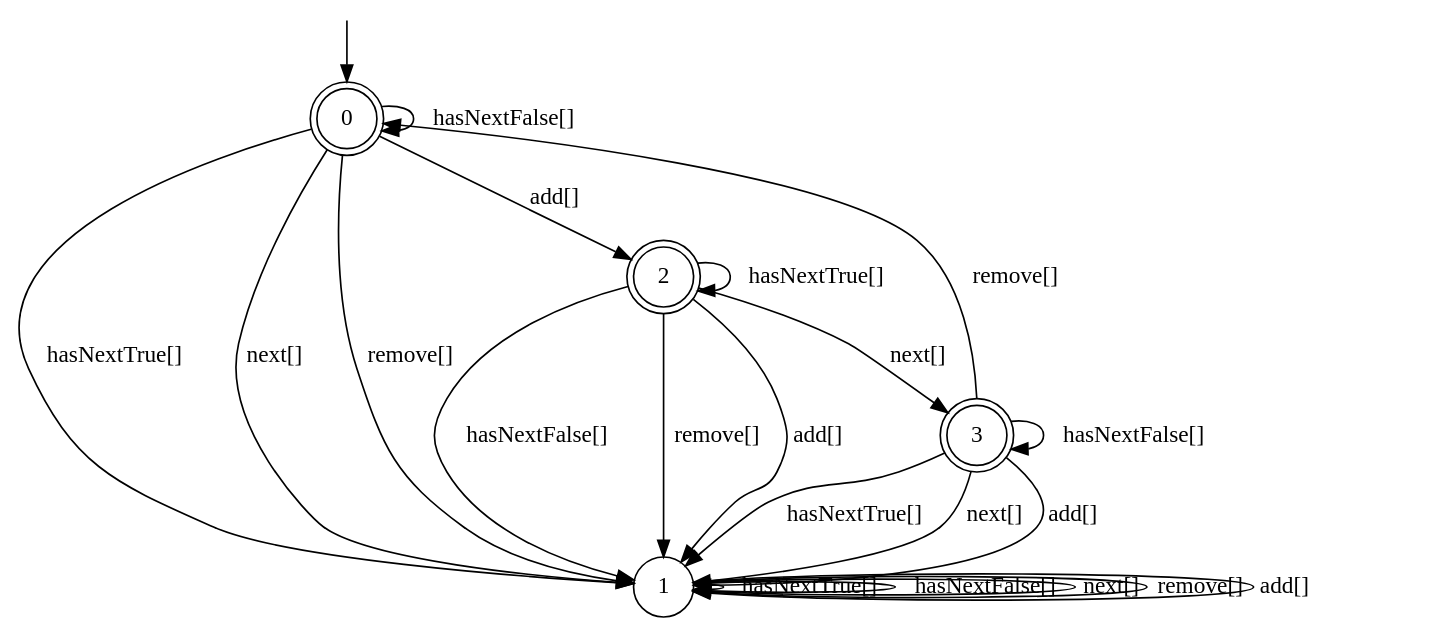
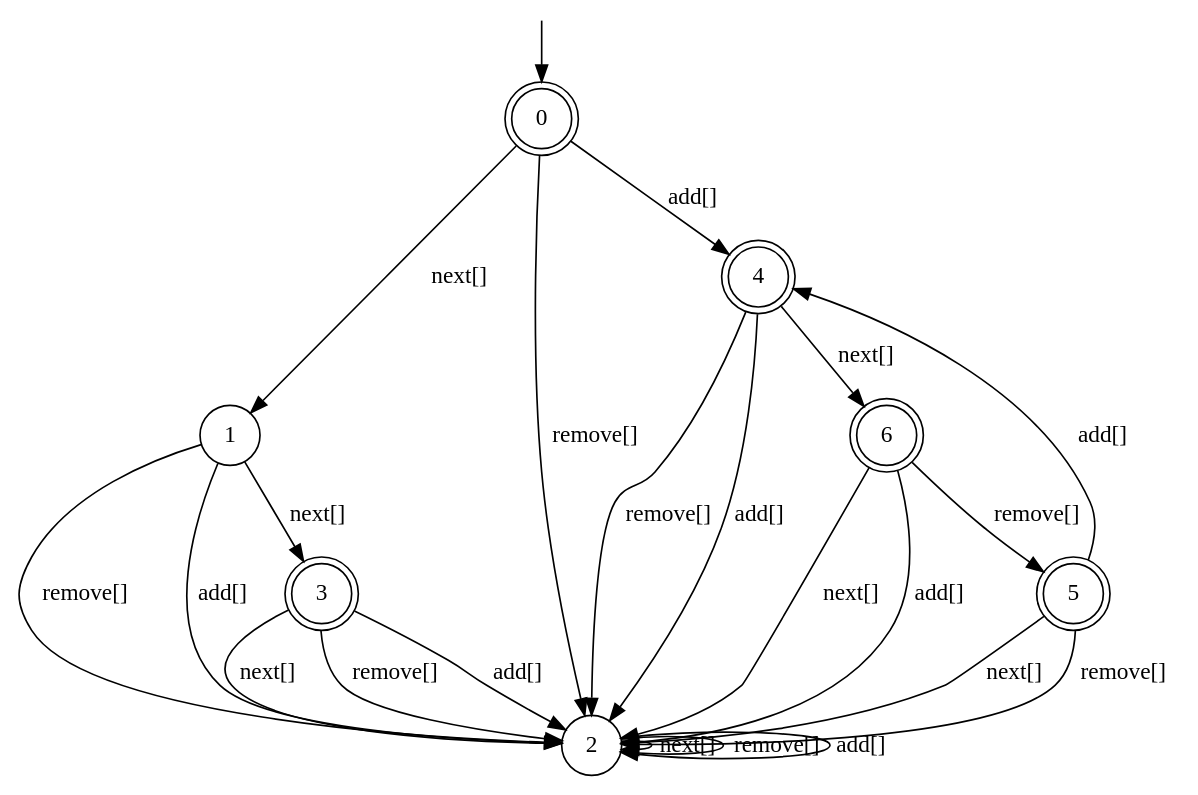
The diagram in ra-out.dot (rasofema/fyp-specification-miner), drawn with Graphviz before and after one commit. The commit also changed 6 other files, not shown here.

```diff
--- a/ra-out.dot
+++ b/ra-out.dot
@@ -1,31 +1,35 @@
 digraph g {
 
 	s0 [shape="doublecircle" label="0"];
 	s1 [shape="circle" label="1"];
-	s2 [shape="doublecircle" label="2"];
+	s2 [shape="circle" label="2"];
 	s3 [shape="doublecircle" label="3"];
-	s0 -> s1 [label="hasNextTrue[]"];
-	s0 -> s0 [label="hasNextFalse[]"];
+	s4 [shape="doublecircle" label="4"];
+	s5 [shape="doublecircle" label="5"];
+	s6 [shape="doublecircle" label="6"];
 	s0 -> s1 [label="next[]"];
-	s0 -> s1 [label="remove[]"];
-	s0 -> s2 [label="add[]"];
-	s1 -> s1 [label="hasNextTrue[]"];
-	s1 -> s1 [label="hasNextFalse[]"];
-	s1 -> s1 [label="next[]"];
-	s1 -> s1 [label="remove[]"];
-	s1 -> s1 [label="add[]"];
-	s2 -> s2 [label="hasNextTrue[]"];
-	s2 -> s1 [label="hasNextFalse[]"];
-	s2 -> s3 [label="next[]"];
-	s2 -> s1 [label="remove[]"];
-	s2 -> s1 [label="add[]"];
-	s3 -> s1 [label="hasNextTrue[]"];
-	s3 -> s3 [label="hasNextFalse[]"];
-	s3 -> s1 [label="next[]"];
-	s3 -> s0 [label="remove[]"];
-	s3 -> s1 [label="add[]"];
+	s0 -> s2 [label="remove[]"];
+	s0 -> s4 [label="add[]"];
+	s1 -> s3 [label="next[]"];
+	s1 -> s2 [label="remove[]"];
+	s1 -> s2 [label="add[]"];
+	s2 -> s2 [label="next[]"];
+	s2 -> s2 [label="remove[]"];
+	s2 -> s2 [label="add[]"];
+	s3 -> s2 [label="next[]"];
+	s3 -> s2 [label="remove[]"];
+	s3 -> s2 [label="add[]"];
+	s4 -> s6 [label="next[]"];
+	s4 -> s2 [label="remove[]"];
+	s4 -> s2 [label="add[]"];
+	s5 -> s2 [label="next[]"];
+	s5 -> s2 [label="remove[]"];
+	s5 -> s4 [label="add[]"];
+	s6 -> s2 [label="next[]"];
+	s6 -> s5 [label="remove[]"];
+	s6 -> s2 [label="add[]"];
 
 __start0 [label="" shape="none" width="0" height="0"];
 __start0 -> s0;
 
 }
```
